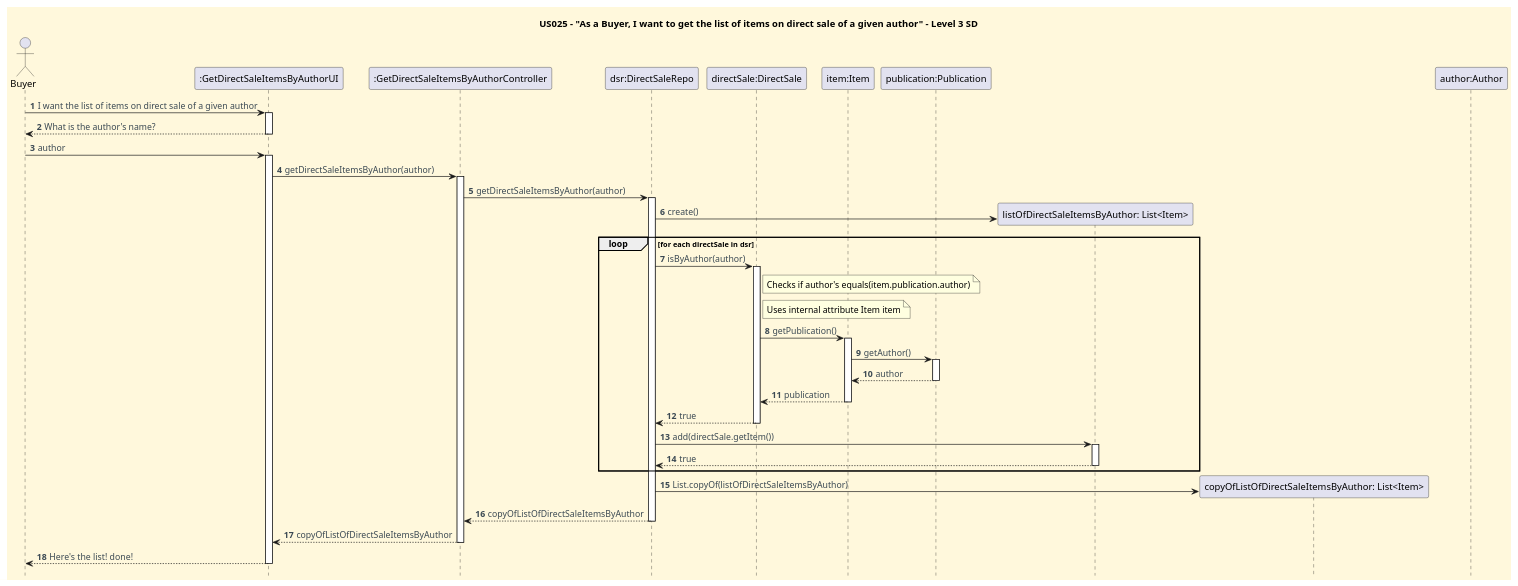
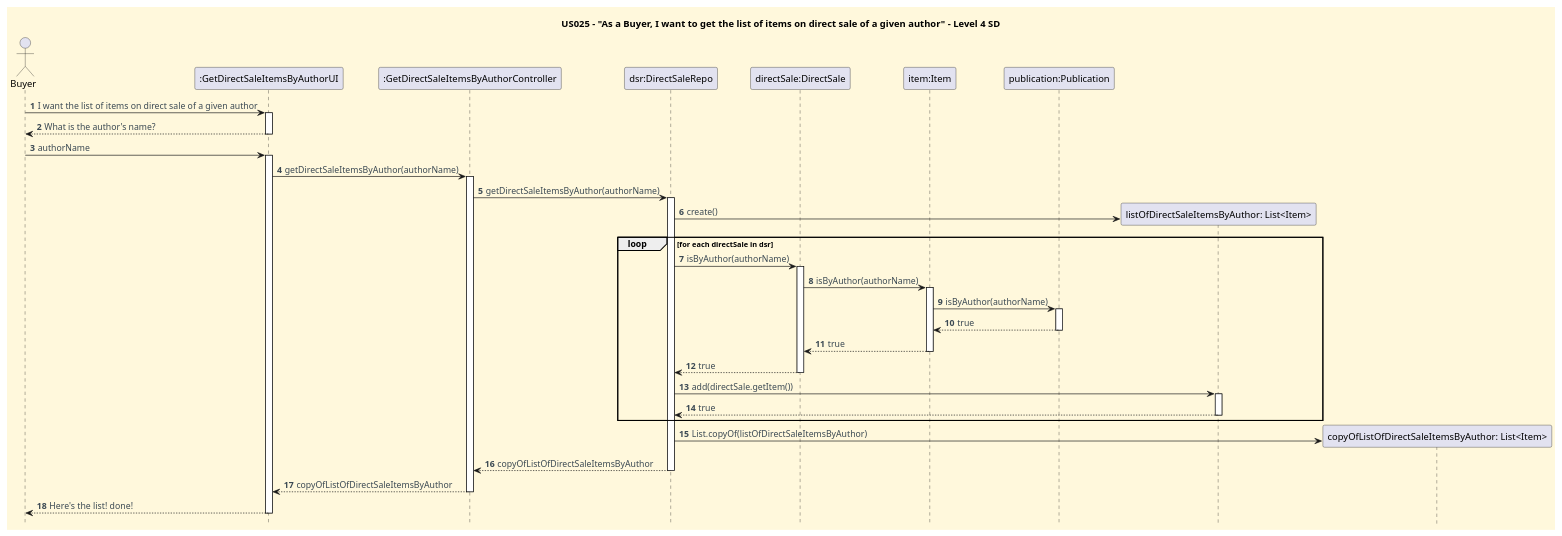
Before and after one commit to CarolinaLeite-collab/JavaMarketplacePlatform: the diagram in docs/userStories/US025/US025_get_list_of_items_on_direct_sale_of_given_author_SD_3.puml, drawn with PlantUML. The commit also changed 4 other files, not shown here.

Commit message:
#112 - Small fixes to sequence diagrams, design solution to implement tell don't ask in US025

```diff
--- a/docs/userStories/US025/US025_get_list_of_items_on_direct_sale_of_given_author_SD_3.puml
+++ b/docs/userStories/US025/US025_get_list_of_items_on_direct_sale_of_given_author_SD_3.puml
@@ -1,83 +1,79 @@
 @startuml
-title US025 – "As a Buyer, I want to get the list of items on direct sale of a given author" - Level 3 SD
+title US025 – "As a Buyer, I want to get the list of items on direct sale of a given author" - Level 4 SD
 hidefootbox
 
 '==== basic style ====
 skinparam monochrome false
 skinparam shadowing false
 skinparam defaultFontName Futura
 skinparam objectFontSize 20
 skinparam backgroundColor CornSilk
 skinparam objectBackgroundColor WhiteSmoke
 skinparam noteBackgroundColor #FFFFE0
 skinparam ArrowFontColor #3B4953
 skinparam ActivationBackgroundColor black
 
 autonumber
 autoactivate off
 
 ' --- Actor and participants ---
 actor Buyer
 participant ":GetDirectSaleItemsByAuthorUI" as UI
 participant ":GetDirectSaleItemsByAuthorController" as CTL
 participant "dsr:DirectSaleRepo" as DSR
 participant "directSale:DirectSale" as DS
 participant "item:Item" as IT
 participant "publication:Publication" as PUB
 
 
 
 ' --- Dialog ---
 Buyer -> UI: I want the list of items on direct sale of a given author
 activate UI
 UI --> Buyer: What is the author's name?
 deactivate UI
-Buyer -> UI: author
+Buyer -> UI: authorName
 activate UI
-UI -> CTL: getDirectSaleItemsByAuthor(author)
+UI -> CTL: getDirectSaleItemsByAuthor(authorName)
 activate CTL
-CTL -> DSR: getDirectSaleItemsByAuthor(author)
+CTL -> DSR: getDirectSaleItemsByAuthor(authorName)
 activate DSR
 
 create "listOfDirectSaleItemsByAuthor: List<Item>" as List
 DSR -> List: create()
 
 loop for each directSale in dsr
-    DSR -> DS: isByAuthor(author)
-    note right of DS: Checks if author's equals(item.publication.author)
+    DSR -> DS: isByAuthor(authorName)
     activate DS
-    note right of DS
-    Uses internal attribute Item item
-    end note
-    DS -> IT: getPublication()
+    DS -> IT: isByAuthor(authorName)
     activate IT
-    IT -> PUB: getAuthor()
+    IT -> PUB: isByAuthor(authorName)
     activate PUB
-    PUB --> IT: author
+    PUB --> IT: true
     deactivate PUB
-    IT --> DS: publication
+    IT --> DS: true
     deactivate IT
     DS --> DSR: true
     deactivate DS
     DSR -> List: add(directSale.getItem())
     activate List
     List --> DSR: true
     deactivate List
 end
 
 
 
 create "copyOfListOfDirectSaleItemsByAuthor: List<Item>" as Copy
 DSR -> Copy: List.copyOf(listOfDirectSaleItemsByAuthor)
 
-participant "author:Author" as AUT
+'participant "author:Author" as AUT
 
 
 DSR --> CTL: copyOfListOfDirectSaleItemsByAuthor
 deactivate DSR
 CTL --> UI: copyOfListOfDirectSaleItemsByAuthor
 deactivate CTL
 UI --> Buyer: Here's the list! done!
 deactivate UI
 
 @enduml
```
